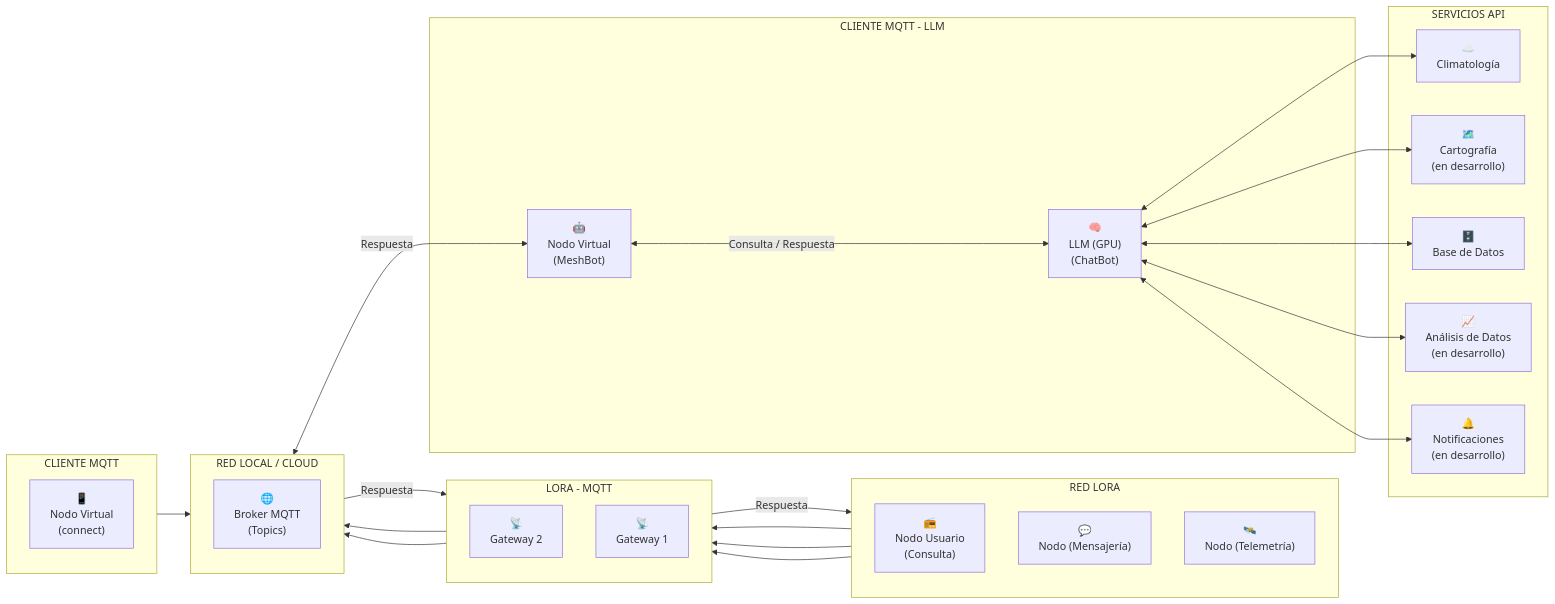
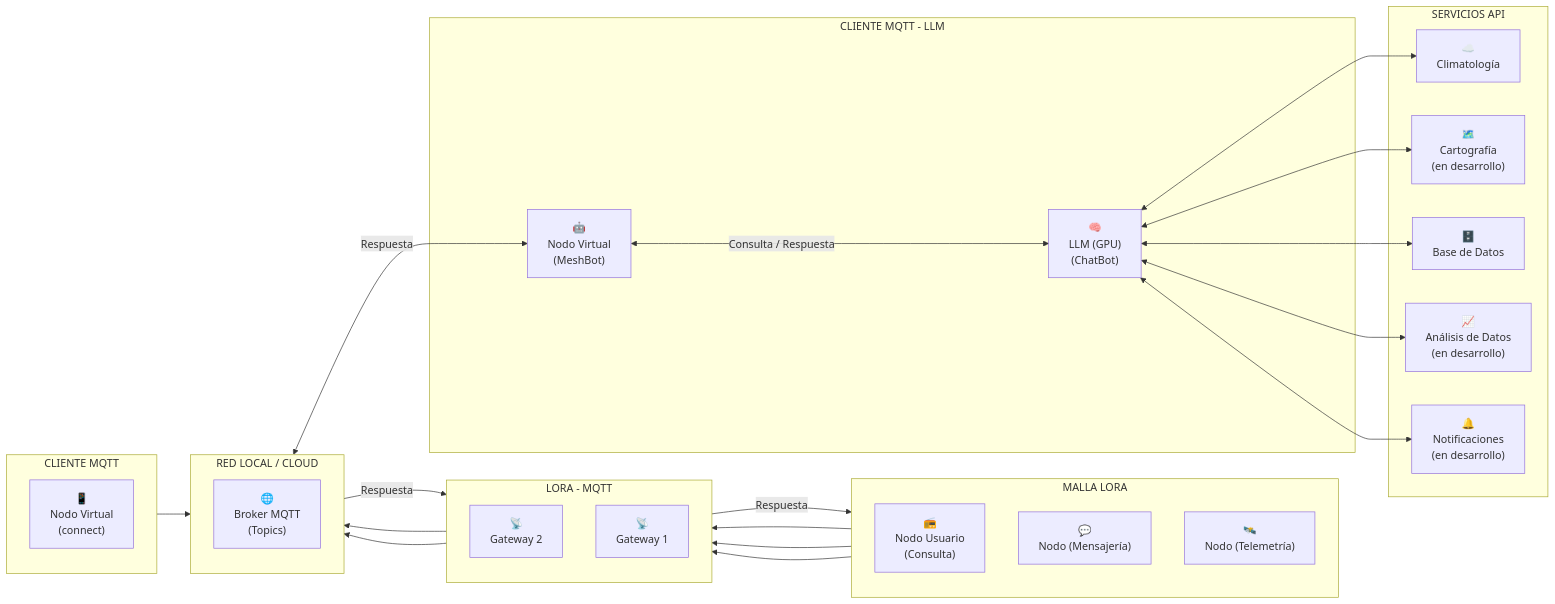
The diagram in README.md (lhupyn/meshbot), drawn with Mermaid before and after one commit. The commit also changed other lines of this file, not shown here.

````diff
--- a/README.md
+++ b/README.md
@@ -5,60 +5,60 @@
 ```mermaid
 flowchart LR
-    subgraph RED LORA
+    subgraph MALLA LORA
         direction TB
         RU["📻<br>Nodo Usuario<br>(Consulta)"]
         RM["💬<br>Nodo (Mensajería)"]
         RT["🛰️<br>Nodo (Telemetría)"]
     end
 
     subgraph LORA - MQTT
         direction TB
         G2["📡<br>Gateway 2"]
         G1["📡<br>Gateway 1"]
     end
 
    subgraph CLIENTE MQTT
         direction TB
         MO["📱<br>Nodo Virtual<br>(connect)"]
     end
 
    subgraph CLIENTE MQTT - LLM
         MB["🤖<br>Nodo Virtual<br>(MeshBot)"]
         IA["🧠<br>LLM (GPU)<br>(ChatBot)"]
     end
 
     subgraph RED LOCAL / CLOUD
         direction TB
         MB["🤖<br>Nodo Virtual<br>(MeshBot)"]
         M["🌐<br>Broker MQTT<br>(Topics)"]
         IA["🧠<br>LLM (GPU)<br>(ChatBot)"]
     end
 
     subgraph SERVICIOS API
         CLI["☁️<br>Climatología"]
         GEO["🗺️<br>Cartografía<br>(en desarrollo)"]
         BD["🗄️<br>Base de Datos"]
         AD["📈<br>Análisis de Datos<br>(en desarrollo)"]
         N["🔔<br>Notificaciones<br>(en desarrollo)"]
     end
 
     %% Flujo de Entrada
     RM --> G2
     RT --> G2
     RU --> G1
     G1 --> M
     G2 --> M
     MO --> M
     %% Flujo Interno y Procesamiento
     M <-->|Respuesta| MB
     MB <-->|Consulta / Respuesta| IA
     %% Flujo Externo y Datos
     IA <--> CLI
     IA <--> GEO
     IA <--> BD
     IA <--> AD
     IA <--> N
     %% Flujo de Salida
     M -- "Respuesta" --> G1
     G1 -- "Respuesta" --> RU
 ```
````
